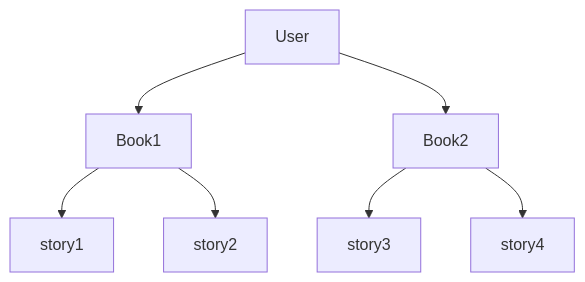
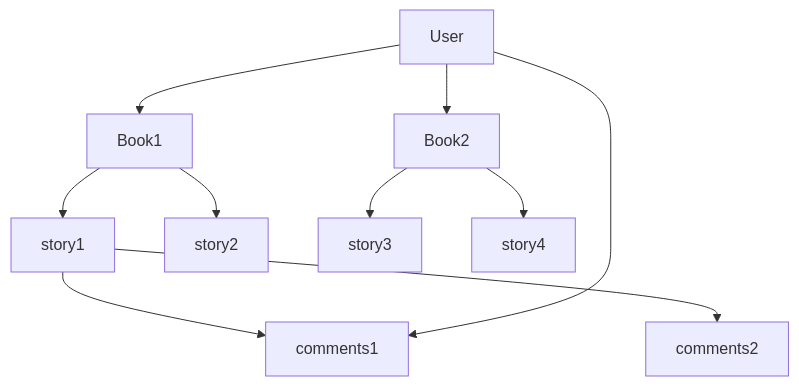
The diagram in README.md (mbaqes/dbit), drawn with Mermaid before and after one commit. The commit also changed other lines of this file, not shown here.

````diff
--- a/README.md
+++ b/README.md
@@ -14,9 +15,12 @@
  ```mermaid
 graph TD;
     User-->Book1;
     User-->Book2;
     Book1-->story1;
     Book1-->story2;
     Book2-->story3;
     Book2-->story4;
+     story1-->comments1;
+     story1-->comments2;
+        User-->comments1;
 ```
````
